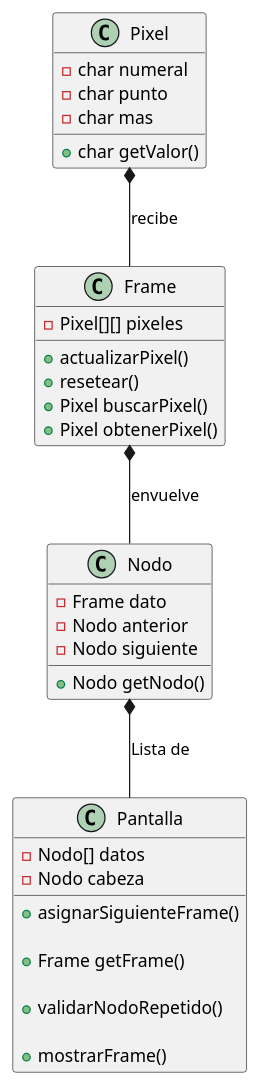
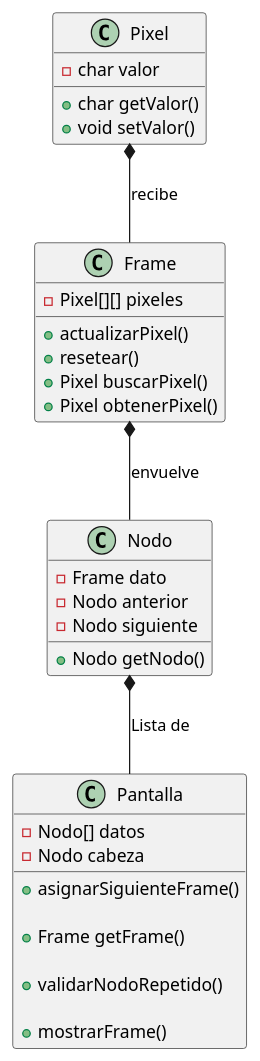
Before and after one commit to mmasias/24-25-EDA2: the diagram in entregas/ModoEntrelazado.puml, drawn with PlantUML.

Commit message:
Actualizacion de el diagrama de la clase Pixel

```diff
--- a/entregas/ModoEntrelazado.puml
+++ b/entregas/ModoEntrelazado.puml
@@ -1,46 +1,45 @@
 @startuml ModoEntrelazado
 
 class Pixel {
-    - char numeral
-    - char punto
-    - char mas
+    - char valor
 
-    +char getValor()
+    + char getValor()
+    + void setValor()
 }
 
 class Frame {
     - Pixel[][] pixeles
 
     + actualizarPixel()
     + resetear()
     + Pixel buscarPixel()
     + Pixel obtenerPixel()
 }
 
 class Nodo {
     - Frame dato
     - Nodo anterior
     - Nodo siguiente
 
     + Nodo getNodo()
 }
 
 class Pantalla {
     - Nodo[] datos
     - Nodo cabeza
 
     + asignarSiguienteFrame()
 
     + Frame getFrame()
 
     + validarNodoRepetido()
 
     + mostrarFrame()
 
 }
 
 Pixel *-- Frame : recibe
 Frame *-- Nodo : envuelve
 Nodo *-- Pantalla : Lista de
 
 @enduml
```
